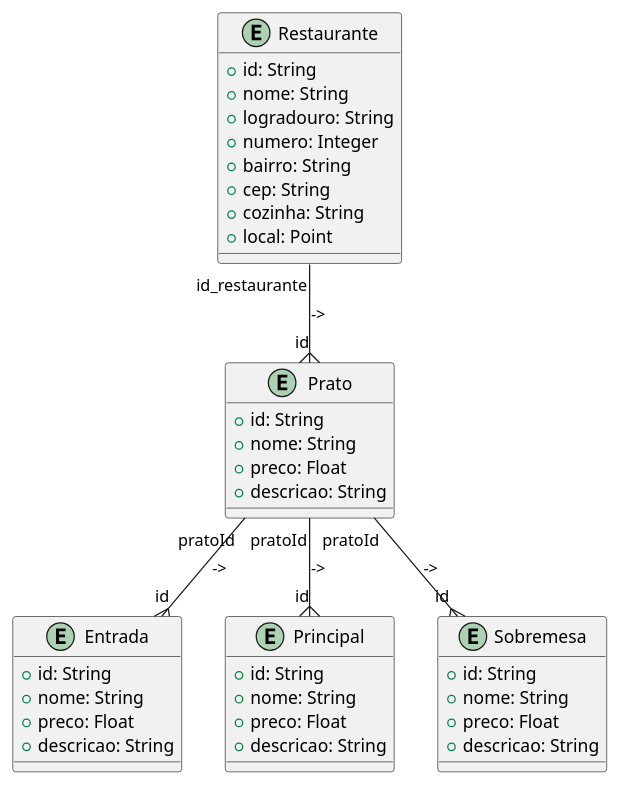
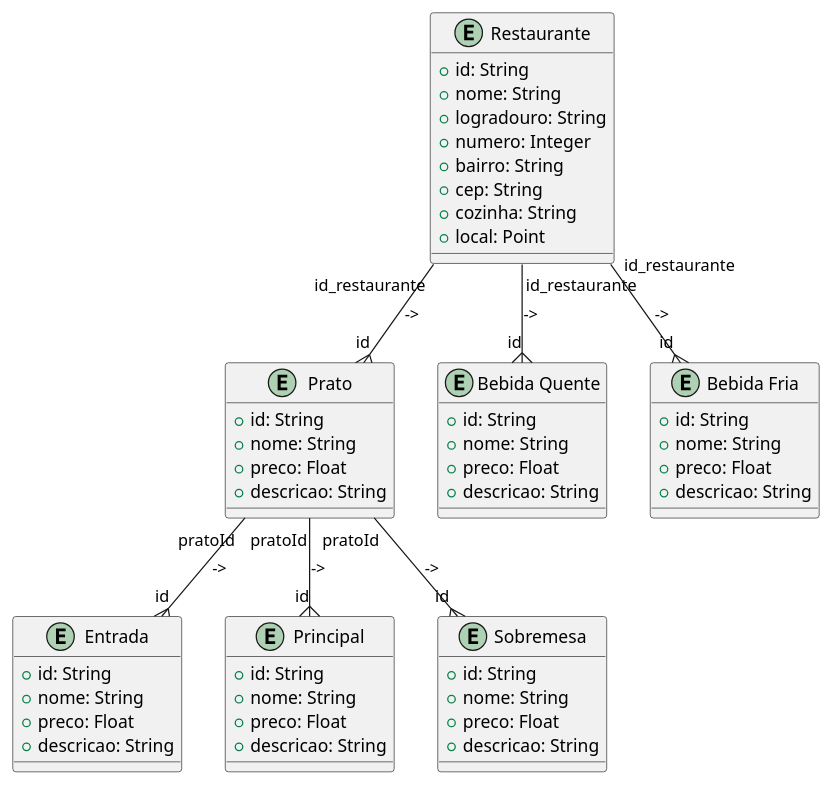
Before and after one commit to rafacardoso17/fatecDSM: the diagram in Banco_de_Dados_Nao_Relacionais/FoodClub/models/diagrama1.mer.puml, drawn with PlantUML.

Commit message:
MER atualizado

```diff
--- a/Banco_de_Dados_Nao_Relacionais/FoodClub/models/diagrama1.mer.puml
+++ b/Banco_de_Dados_Nao_Relacionais/FoodClub/models/diagrama1.mer.puml
@@ -1,45 +1,61 @@
 @startuml
 entity "Restaurante" as restaurante {
     + id: String
     + nome: String
     + logradouro: String
     + numero: Integer
     + bairro: String
     + cep: String
     + cozinha: String
     + local: Point
 }
- 
+
 entity "Prato" as prato {
     + id: String
     + nome: String
     + preco: Float
     + descricao: String
 }
- 
+
 entity "Entrada" as entrada {
     + id: String
     + nome: String
     + preco: Float
     + descricao: String
 }
- 
+
 entity "Principal" as principal {
     + id: String
     + nome: String
     + preco: Float
     + descricao: String
 }
- 
+
 entity "Sobremesa" as sobremesa {
     + id: String
     + nome: String
     + preco: Float
     + descricao: String
 }
- 
+
+entity "Bebida Quente" as bebida_quente {
+    + id: String
+    + nome: String
+    + preco: Float
+    + descricao: String
+}
+
+entity "Bebida Fria" as bebida_fria {
+    + id: String
+    + nome: String
+    + preco: Float
+    + descricao: String
+}
+
 restaurante --{ prato : "id_restaurante" -> "id"
+restaurante --{ bebida_quente : "id_restaurante" -> "id"
+restaurante --{ bebida_fria : "id_restaurante" -> "id"
 prato --{ entrada : "pratoId" -> "id"
 prato --{ principal : "pratoId" -> "id"
 prato --{ sobremesa : "pratoId" -> "id"
 @enduml
```
